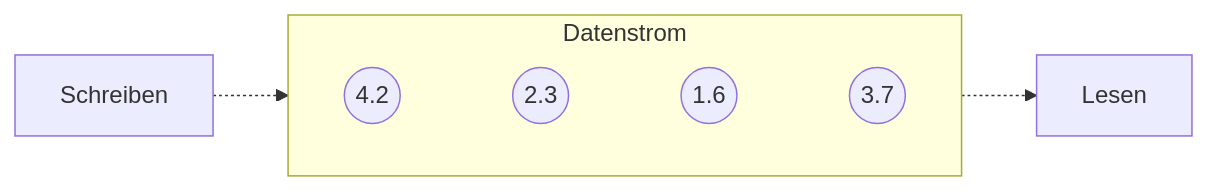
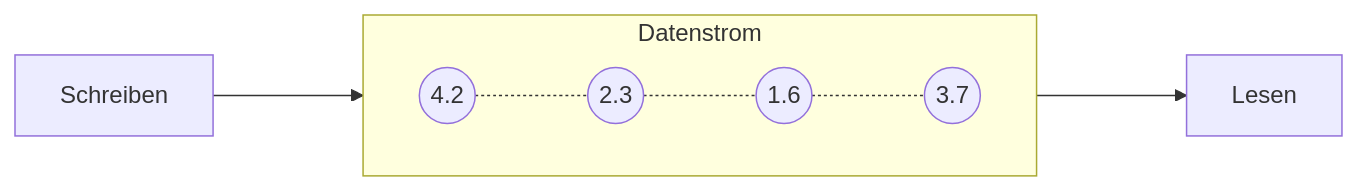
The diagram in docs/documentation/io-streams.md (jappuccini/java-docs), drawn with Mermaid before and after one commit.

````diff
--- a/docs/documentation/io-streams.md
+++ b/docs/documentation/io-streams.md
@@ -12,9 +12,9 @@
 ```mermaid
 flowchart LR
     subgraph Datenstrom
         direction LR
-        data1((4.2)) ~~~ data2((2.3)) ~~~ data3((1.6)) ~~~ data4((3.7))
+        data1((4.2)) -.- data2((2.3)) -.- data3((1.6)) -.- data4((3.7))
     end
-    write[Schreiben] -.-> Datenstrom
-    Datenstrom -.-> read[Lesen]
+    write[Schreiben] ---> Datenstrom
+    Datenstrom ---> read[Lesen]
 ```
````
